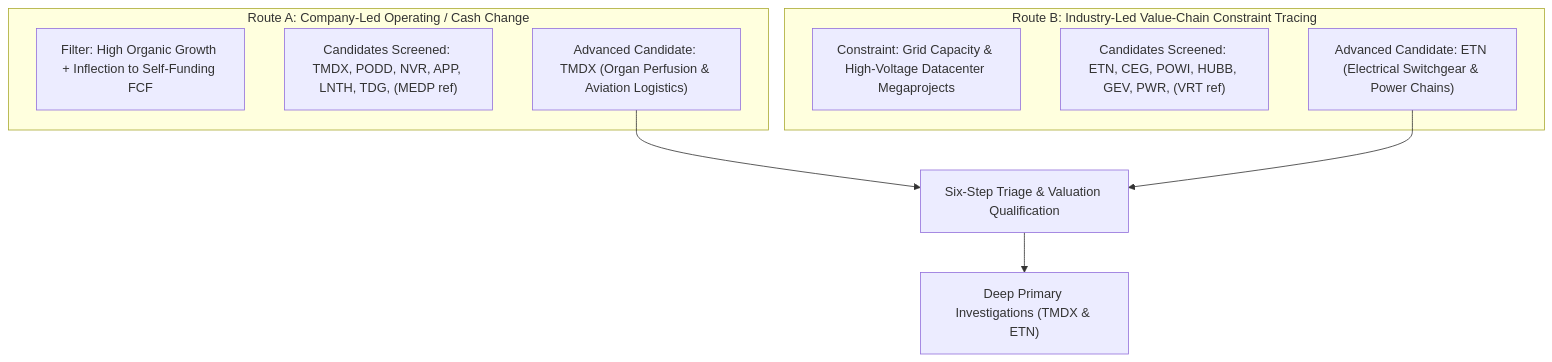
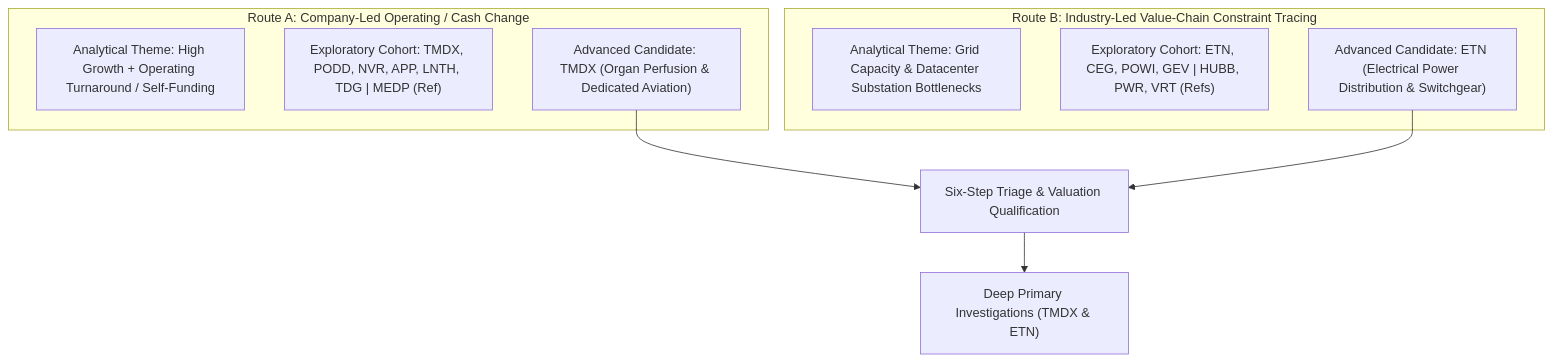
The diagram in docs/research/discovery_cycle_2/EXPERIMENT_SPECIFICATION_AND_SEARCH_RECEIPTS.md (daakara/finance), drawn with Mermaid before and after one commit. The commit also changed other lines of this file and 6 other files, not shown here.

Commit message:
fix(research): reconcile TMDX and ETN primary source financials and correct discovery claims (PR #46)

````diff
--- a/docs/research/discovery_cycle_2/EXPERIMENT_SPECIFICATION_AND_SEARCH_RECEIPTS.md
+++ b/docs/research/discovery_cycle_2/EXPERIMENT_SPECIFICATION_AND_SEARCH_RECEIPTS.md
@@ -64,18 +67,18 @@
 ```mermaid
 flowchart TD
     subgraph RouteA["Route A: Company-Led Operating / Cash Change"]
-        RA1["Filter: High Organic Growth + Inflection to Self-Funding FCF"]
-        RA2["Candidates Screened: TMDX, PODD, NVR, APP, LNTH, TDG, (MEDP ref)"]
-        RA3["Advanced Candidate: TMDX (Organ Perfusion & Aviation Logistics)"]
+        RA1["Analytical Theme: High Growth + Operating Turnaround / Self-Funding"]
+        RA2["Exploratory Cohort: TMDX, PODD, NVR, APP, LNTH, TDG | MEDP (Ref)"]
+        RA3["Advanced Candidate: TMDX (Organ Perfusion & Dedicated Aviation)"]
     end
     
     subgraph RouteB["Route B: Industry-Led Value-Chain Constraint Tracing"]
-        RB1["Constraint: Grid Capacity & High-Voltage Datacenter Megaprojects"]
-        RB2["Candidates Screened: ETN, CEG, POWI, HUBB, GEV, PWR, (VRT ref)"]
-        RB3["Advanced Candidate: ETN (Electrical Switchgear & Power Chains)"]
+        RB1["Analytical Theme: Grid Capacity & Datacenter Substation Bottlenecks"]
+        RB2["Exploratory Cohort: ETN, CEG, POWI, GEV | HUBB, PWR, VRT (Refs)"]
+        RB3["Advanced Candidate: ETN (Electrical Power Distribution & Switchgear)"]
     end
     
     RA3 --> Triage["Six-Step Triage & Valuation Qualification"]
     RB3 --> Triage
     Triage --> DeeperRecords["Deep Primary Investigations (TMDX & ETN)"]
 ```
````
